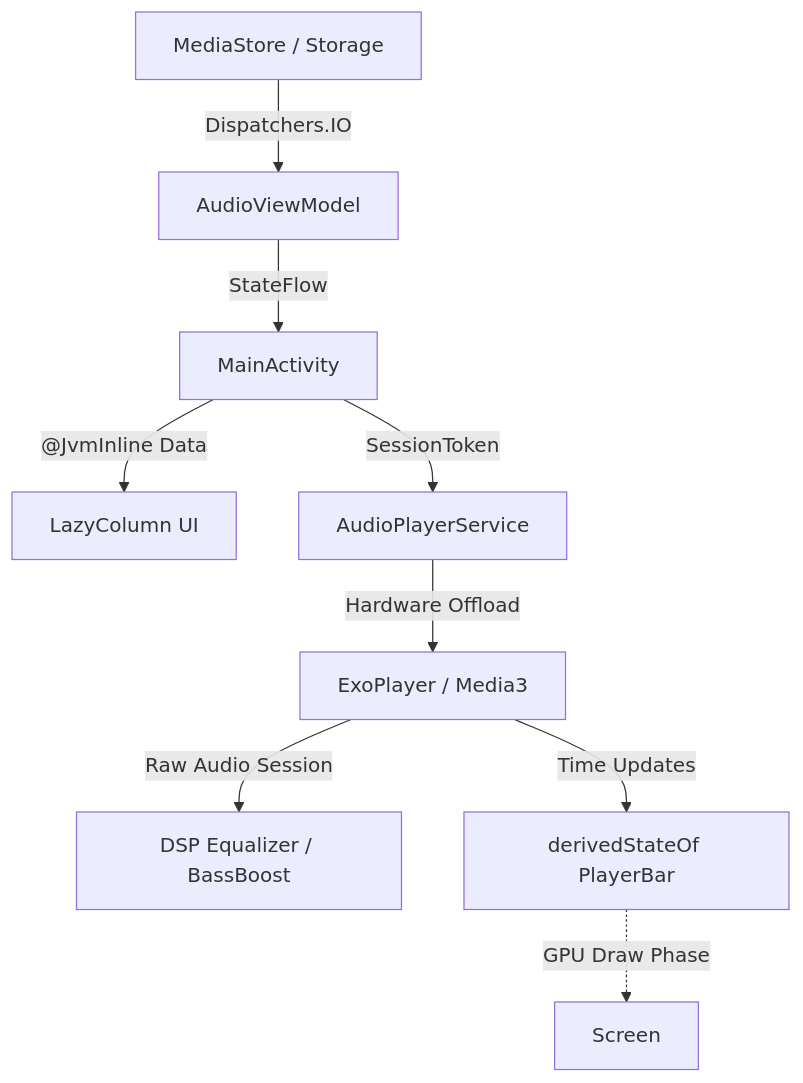
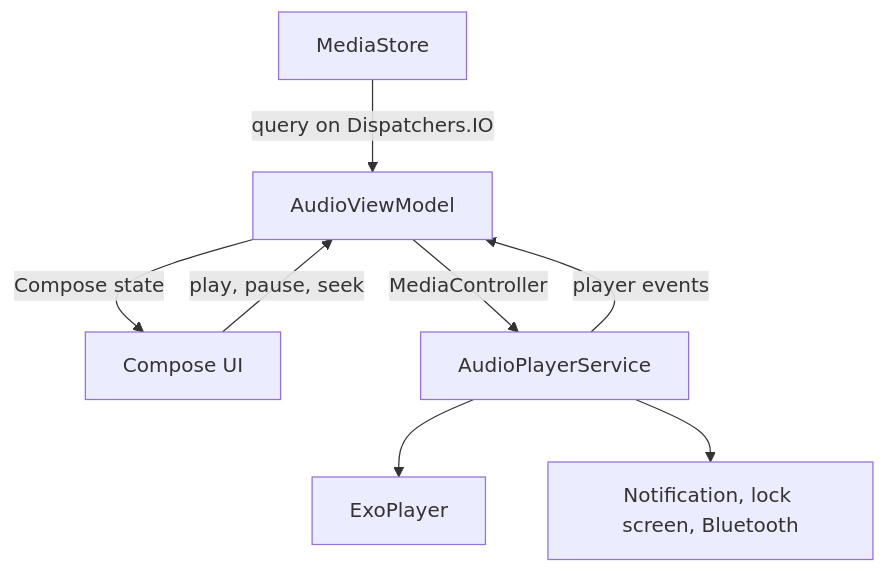
One commit to lucaciuc/basic-audio-player changed the diagram in README.md. Above: the diagram before and after it, drawn with Mermaid. The commit also changed other lines of this file and 47 other files, not shown here.

````diff
--- a/README.md
+++ b/README.md
@@ -11,11 +42,10 @@
 ```mermaid
 graph TD
-    A["MediaStore / Storage"] -->|"Dispatchers.IO"| B["AudioViewModel"]
-    B -->|"StateFlow"| C["MainActivity"]
-    C -->|"@JvmInline Data"| D["LazyColumn UI"]
-    C -->|"SessionToken"| E["AudioPlayerService"]
-    E -->|"Hardware Offload"| F["ExoPlayer / Media3"]
-    F -->|"Raw Audio Session"| G["DSP Equalizer / BassBoost"]
-    F -->|"Time Updates"| H["derivedStateOf PlayerBar"]
-    H -.->|"GPU Draw Phase"| I["Screen"]
+    MS["MediaStore"] -->|"query on Dispatchers.IO"| VM["AudioViewModel"]
+    VM -->|"Compose state"| UI["Compose UI"]
+    UI -->|"play, pause, seek"| VM
+    VM -->|"MediaController"| S["AudioPlayerService"]
+    S -->|"player events"| VM
+    S --> P["ExoPlayer"]
+    S --> N["Notification, lock screen, Bluetooth"]
 ```
````
